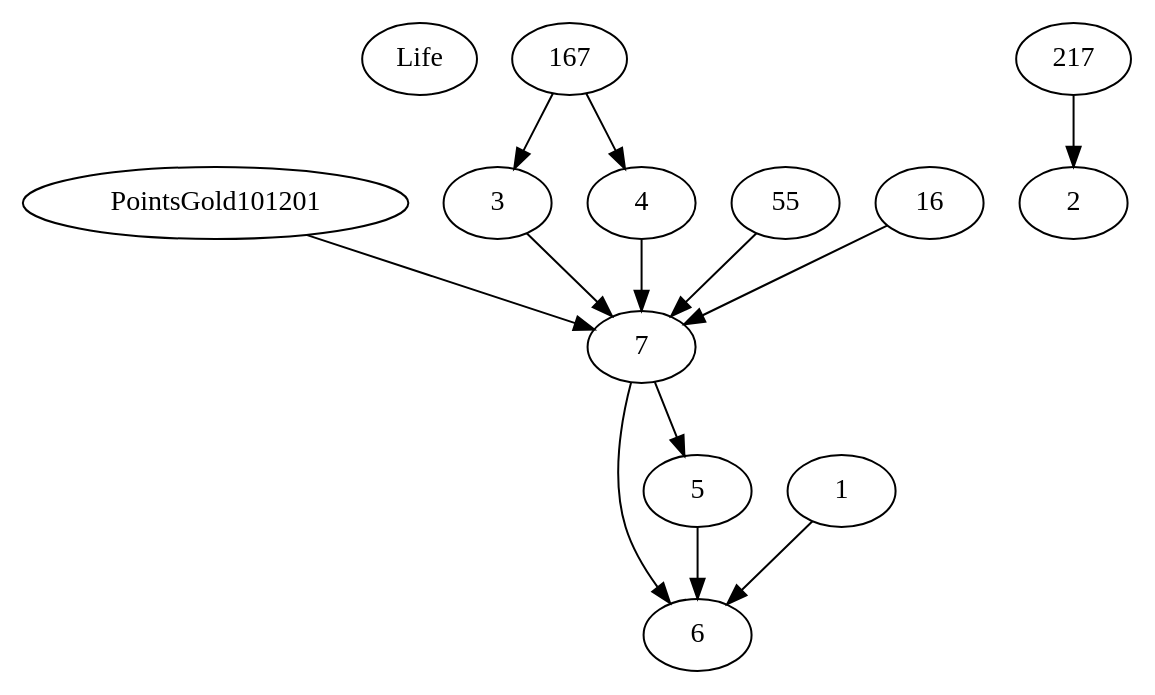
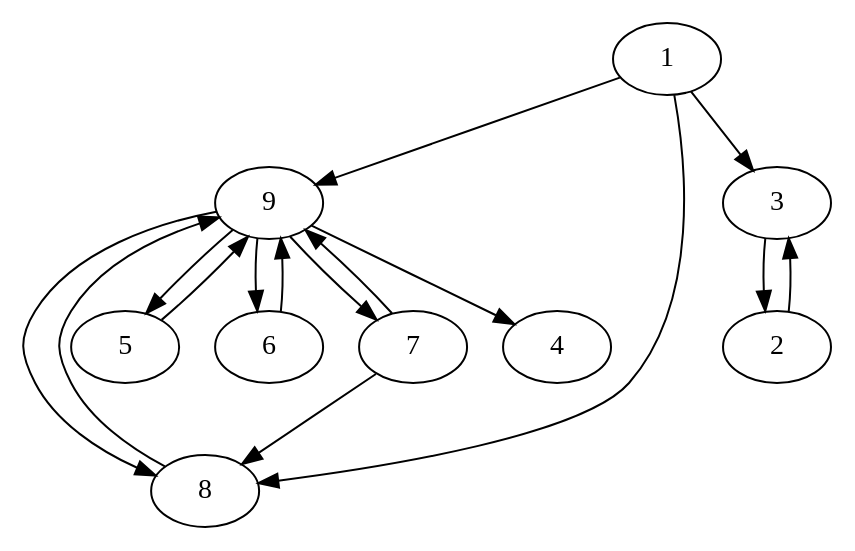
One commit to lifelike/gamebookformat changed the diagram in expected/counters.dot. Above: the diagram before and after it, drawn with Graphviz. The commit also changed 31 other files, not shown here.

```diff
--- a/expected/counters.dot
+++ b/expected/counters.dot
@@ -1,15 +1,18 @@
 digraph gamebook {
 
- Life PointsGold101201->7
-1->6
-3->7
-4->7
-55->7
-5->6
-16->7
-217->2
-7->6
-7->5
-167->3
-167->4
+      1->9
+1->8
+1->3
+  2->3
+     3->2
+5->9
+6->9
+ 7->9
+7->8
+ 8->9
+  9->4
+9->8
+9->7
+ 9->5
+ 9->6
 }
```
